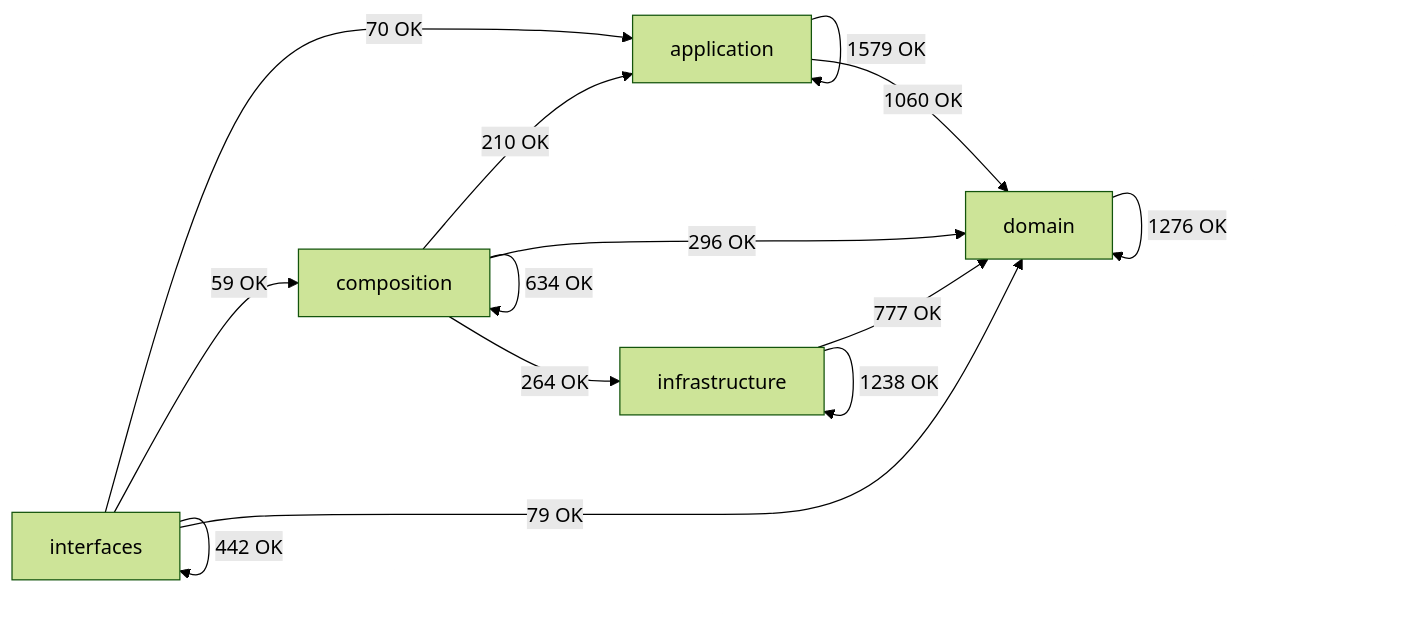
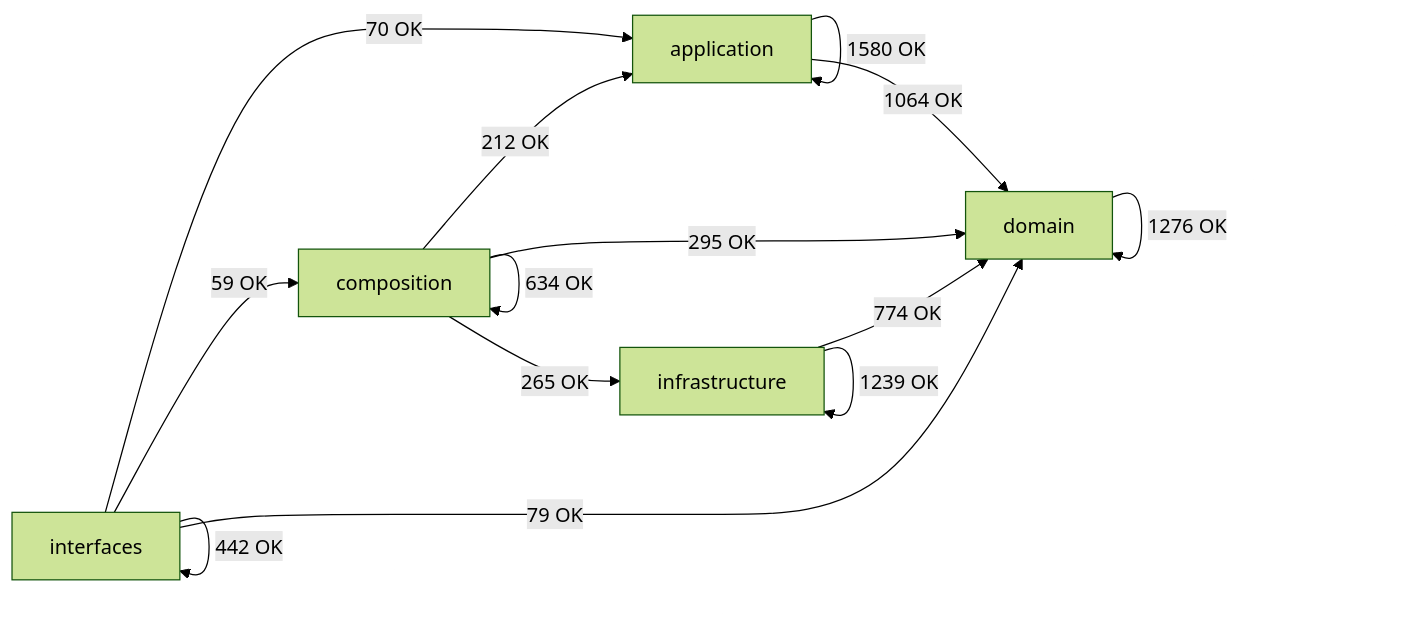
One commit to SatoryKono/BioactivityDataAcquisition changed the diagram in docs/02-architecture/generated/module-dependency-map.md. Above: the diagram before and after it, drawn with Mermaid (forest theme). The commit also changed other lines of this file and 41 other files, not shown here.

````diff
--- a/docs/02-architecture/generated/module-dependency-map.md
+++ b/docs/02-architecture/generated/module-dependency-map.md
@@ -17,21 +17,21 @@
 ```mermaid
 flowchart LR
     domain[domain]
     application[application]
     infrastructure[infrastructure]
     composition[composition]
     interfaces[interfaces]
-    application -->|1579 OK| application
-    application -->|1060 OK| domain
-    composition -->|210 OK| application
+    application -->|1580 OK| application
+    application -->|1064 OK| domain
+    composition -->|212 OK| application
     composition -->|634 OK| composition
-    composition -->|296 OK| domain
-    composition -->|264 OK| infrastructure
+    composition -->|295 OK| domain
+    composition -->|265 OK| infrastructure
     domain -->|1276 OK| domain
-    infrastructure -->|777 OK| domain
-    infrastructure -->|1238 OK| infrastructure
+    infrastructure -->|774 OK| domain
+    infrastructure -->|1239 OK| infrastructure
     interfaces -->|70 OK| application
     interfaces -->|59 OK| composition
     interfaces -->|79 OK| domain
     interfaces -->|442 OK| interfaces
 ```
````
